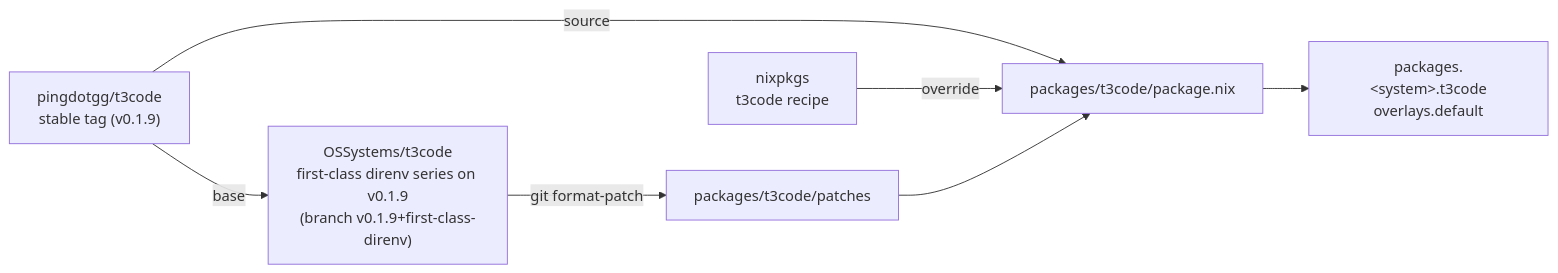
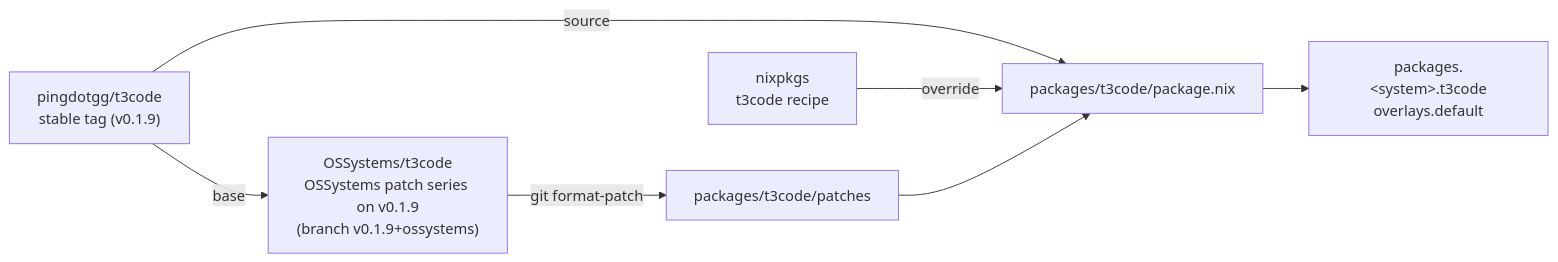
Before and after one commit to OSSystems/t3code-nix: the first of 2 diagrams in README.md, drawn with Mermaid. The commit also changed 17 other files, not shown here.

First line of the commit message:
feat: build T3 Code from the OSSystems v0.1.9 patch series

````diff
--- a/README.md
+++ b/README.md
@@ -15,16 +15,16 @@
 ```mermaid
 flowchart LR
   upstream["pingdotgg/t3code<br/>stable tag (v0.1.9)"]
-  fork["OSSystems/t3code<br/>first-class direnv series on v0.1.9<br/>(branch v0.1.9+first-class-direnv)"]
+  fork["OSSystems/t3code<br/>OSSystems patch series on v0.1.9<br/>(branch v0.1.9+ossystems)"]
   recipe["nixpkgs<br/>t3code recipe"]
   patches["packages/t3code/patches"]
   pkg["packages/t3code/package.nix"]
   out["packages.&lt;system&gt;.t3code<br/>overlays.default"]
 
   upstream -- "base" --> fork
   fork -- "git format-patch" --> patches
   upstream -- "source" --> pkg
   recipe -- "override" --> pkg
   patches --> pkg
   pkg --> out
 ```
````
